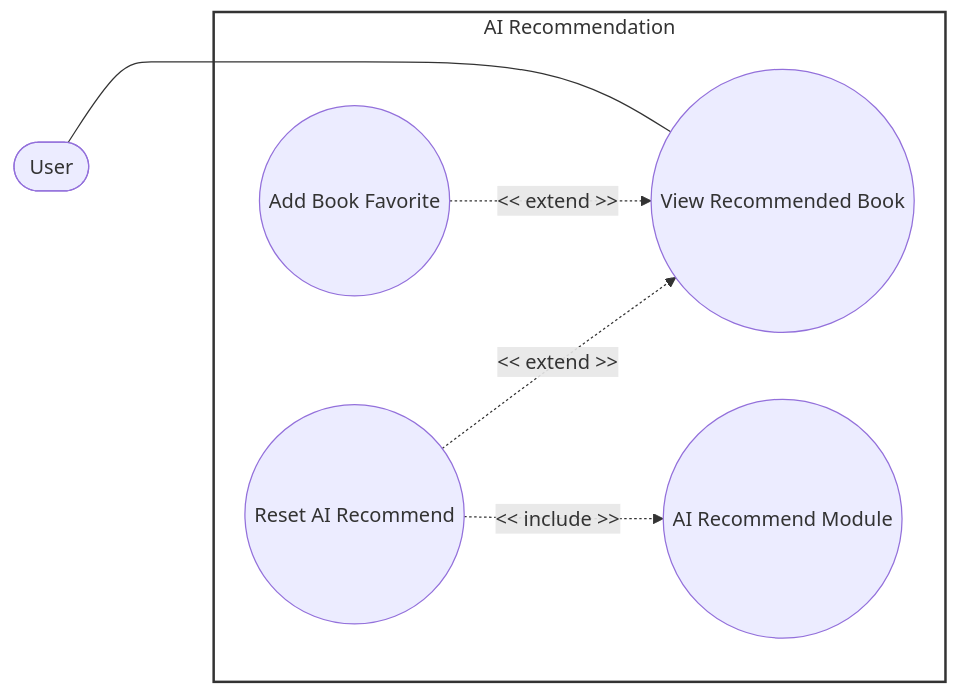
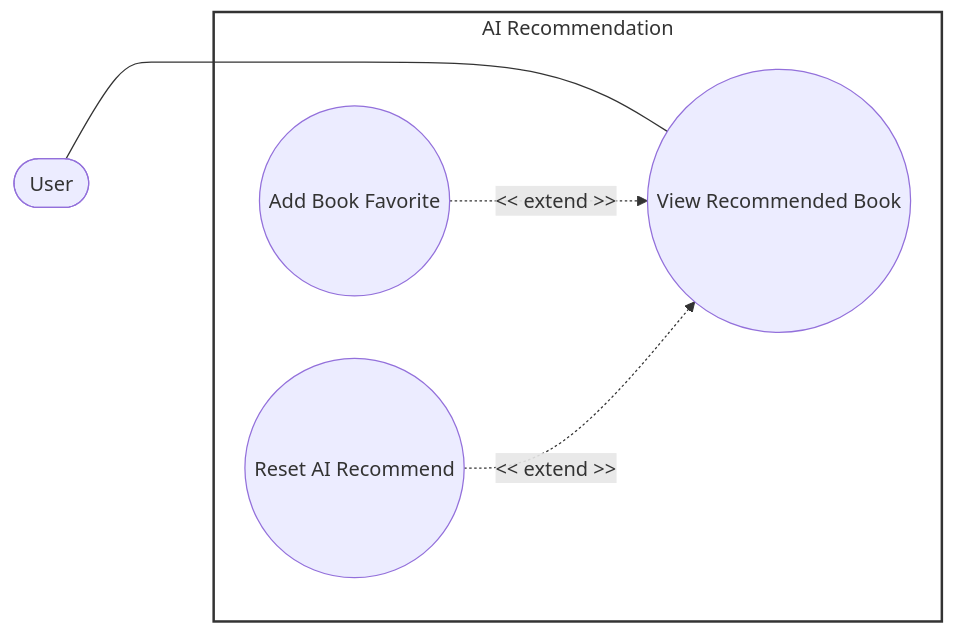
The seventh of 9 diagrams in docs/use case specification/AllSpec.md (DuyNhat1705/AmeThyst-Library), drawn with Mermaid before and after one commit. The commit also changed other lines of this file and 1 other file, not shown here.

Commit message:
Update Diagram for AI-Rec and Study-Group

````diff
--- a/docs/use case specification/AllSpec.md
+++ b/docs/use case specification/AllSpec.md
@@ -3852,25 +3846,23 @@
 ```mermaid
 flowchart LR
     subgraph AIRecommendation ["AI Recommendation"]
         UC1(("Add Book Favorite"))
         UC2(("View Recommended Book"))
         UC3(("Reset AI Recommend"))
-        UC4(("AI Recommend Module"))
     end
     
     %% Actors
     ActorUser(["User"])
     
     %% Structural Layout Anchors
     ActorUser ~~~~ AIRecommendation 
     
     %% Connections
     ActorUser --- UC2
     UC1 -. "<< extend >>" .-> UC2
     UC3 -. "<< extend >>" .-> UC2
-    UC3 -. "<< include >>" .-> UC4
 
     %% Styling
     style AIRecommendation fill:#fff,stroke:#333,stroke-width:2px
 
 ```
````
